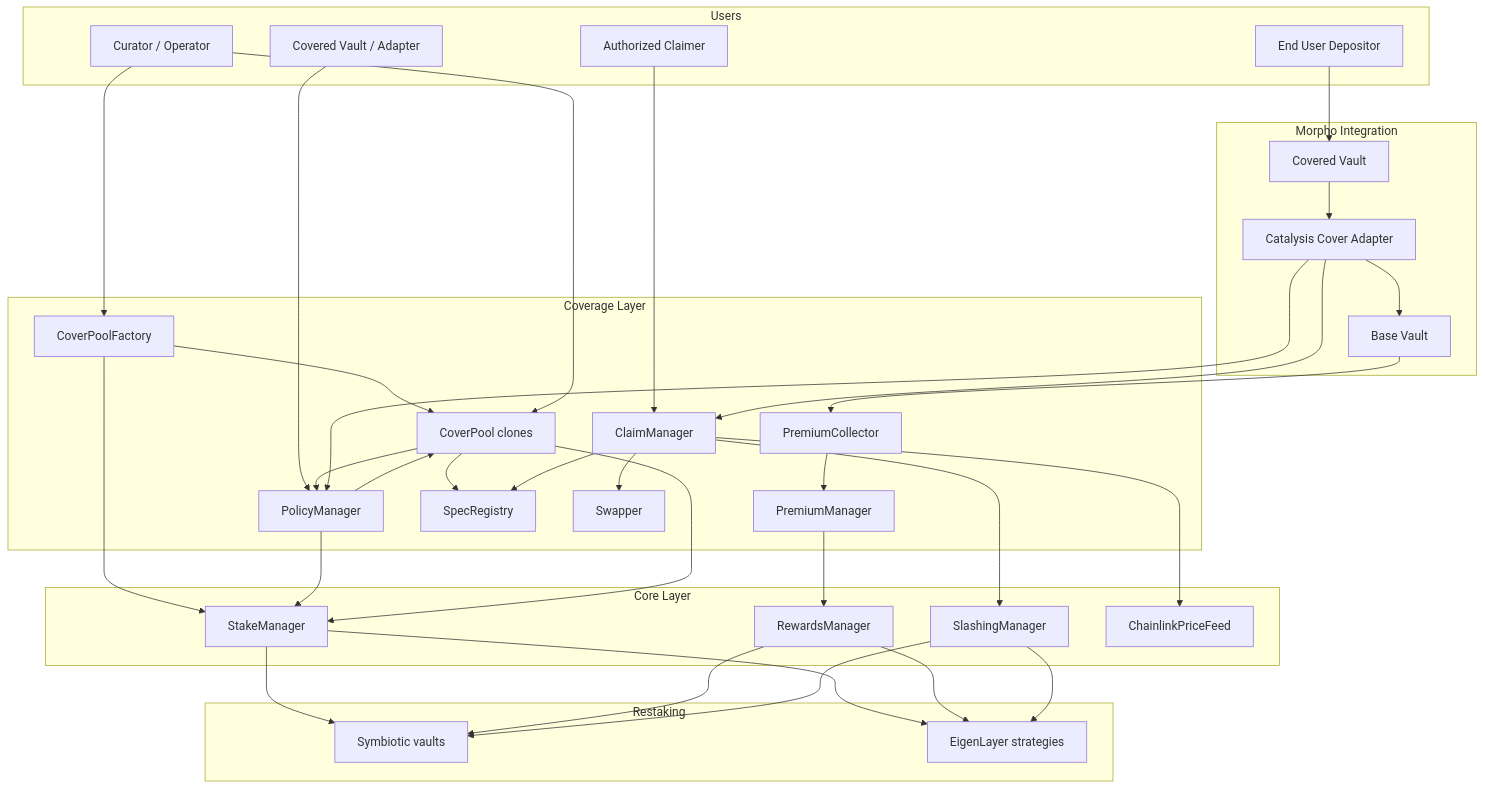
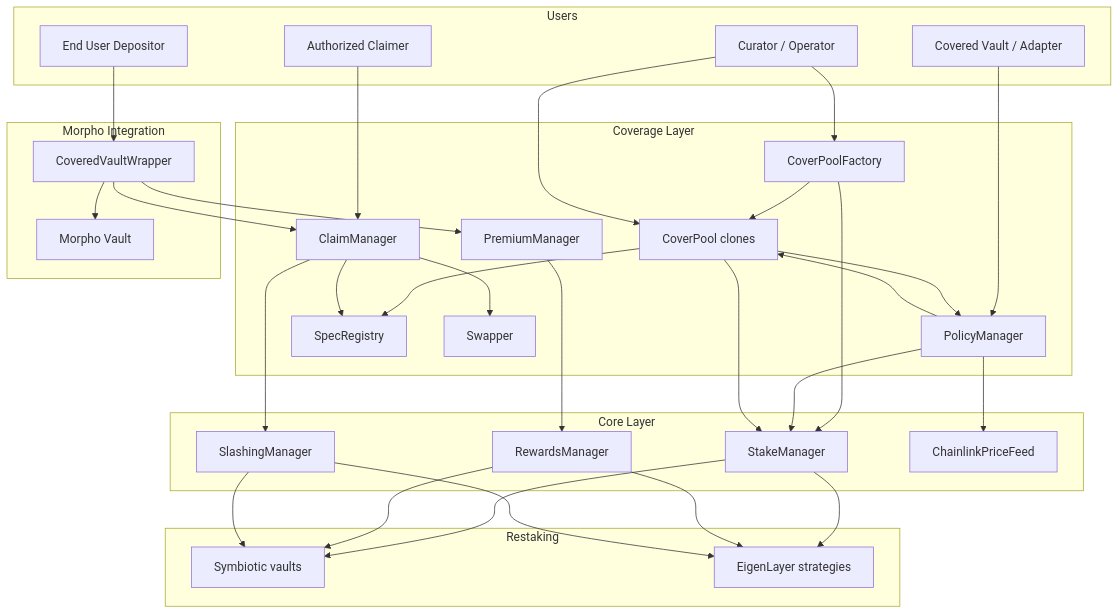
One commit to 0xcatalysis/coverage changed the diagram in docs/architecture/01-system-overview.md. Above: the diagram before and after it, drawn with Mermaid. The commit also changed other lines of this file and 22 other files, not shown here.

First line of the commit message:
Align testing flows (#78)

````diff
--- a/docs/architecture/01-system-overview.md
+++ b/docs/architecture/01-system-overview.md
@@ -42,74 +41,69 @@
 ```mermaid
 graph TB
     subgraph Users
         CURATOR[Curator / Operator]
         COVERED[Covered Vault / Adapter]
         CLAIMER[Authorized Claimer]
         USER[End User Depositor]
     end
 
     subgraph Coverage Layer
         CPF[CoverPoolFactory]
         CP[CoverPool clones]
         PM[PolicyManager]
-        PC[PremiumCollector]
         PRM[PremiumManager]
         CM[ClaimManager]
         SR[SpecRegistry]
         SW[Swapper]
     end
 
     subgraph Core Layer
         SM[StakeManager]
         RM[RewardsManager]
         SLM[SlashingManager]
         PF[ChainlinkPriceFeed]
     end
 
     subgraph Restaking
         SYM[Symbiotic vaults]
         EIG[EigenLayer strategies]
     end
 
     subgraph Morpho Integration
-        CV[Covered Vault]
-        ADP[Catalysis Cover Adapter]
-        BV[Base Vault]
+        CVW[CoveredVaultWrapper]
+        MV[Morpho Vault]
     end
 
     CURATOR --> CPF
     CPF --> CP
     CPF --> SM
 
     COVERED --> PM
     PM --> SM
     PM --> CP
 
     CURATOR --> CP
     CP --> SR
     CP --> PM
     CP --> SM
 
-    PC --> PRM
     PRM --> RM
 
     CLAIMER --> CM
     CM --> SR
-    CM --> PF
     CM --> SLM
     CM --> SW
+    PM --> PF
 
     SM --> SYM
     SM --> EIG
     RM --> SYM
     RM --> EIG
     SLM --> SYM
     SLM --> EIG
 
-    USER --> CV
-    CV --> ADP
-    ADP --> BV
-    ADP --> PM
-    ADP --> CM
-    BV --> PC
+    USER --> CVW
+    CVW --> MV
+    CVW --> PRM
+    CVW --> CM
 ```
````
